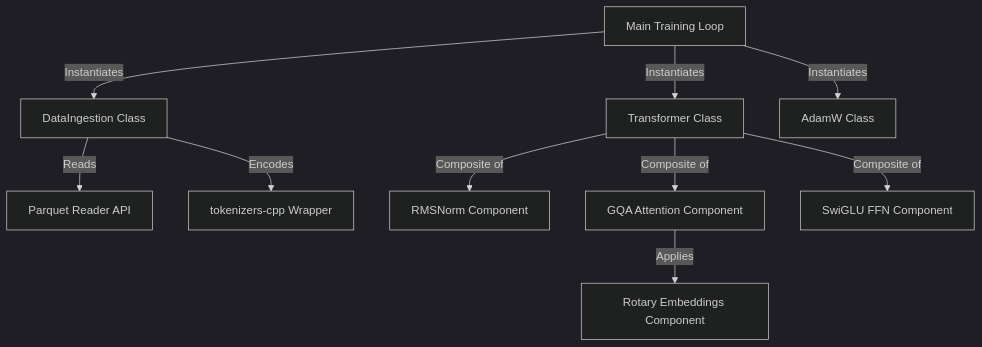
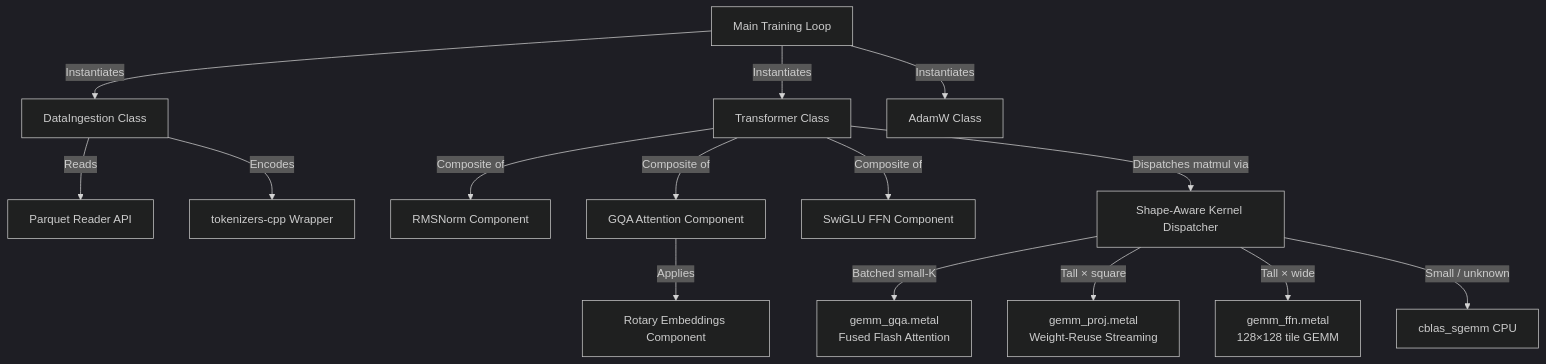
The third of 3 diagrams in cpp/doc/c4_sprint_plan.md (rahul238xaviers/large-language-model), drawn with Mermaid (dark theme) before and after one commit. The commit also changed other lines of this file and 7 other files, not shown here.

````diff
--- a/cpp/doc/c4_sprint_plan.md
+++ b/cpp/doc/c4_sprint_plan.md
@@ -54,15 +66,21 @@
 ```mermaid
 graph TD
     Trainer[Main Training Loop] -->|Instantiates| DataIngestion[DataIngestion Class]
     Trainer -->|Instantiates| Transformer[Transformer Class]
     Trainer -->|Instantiates| AdamW[AdamW Class]
-    
+
     DataIngestion -->|Reads| ParquetReader[Parquet Reader API]
     DataIngestion -->|Encodes| Tokenizer[tokenizers-cpp Wrapper]
-    
+
     Transformer -->|Composite of| RMSNorm[RMSNorm Component]
     Transformer -->|Composite of| Attention[GQA Attention Component]
     Transformer -->|Composite of| SwiGLU[SwiGLU FFN Component]
-    
+
     Attention -->|Applies| RoPE[Rotary Embeddings Component]
+
+    Transformer -->|Dispatches matmul via| ShapeDispatcher[Shape-Aware Kernel Dispatcher]
+    ShapeDispatcher -->|Batched small-K| GQAKernel[gemm_gqa.metal\nFused Flash Attention]
+    ShapeDispatcher -->|Tall × square| ProjKernel[gemm_proj.metal\nWeight-Reuse Streaming]
+    ShapeDispatcher -->|Tall × wide| FFNKernel[gemm_ffn.metal\n128×128 tile GEMM]
+    ShapeDispatcher -->|Small / unknown| CPUFallback[cblas_sgemm CPU]
 ```
````
